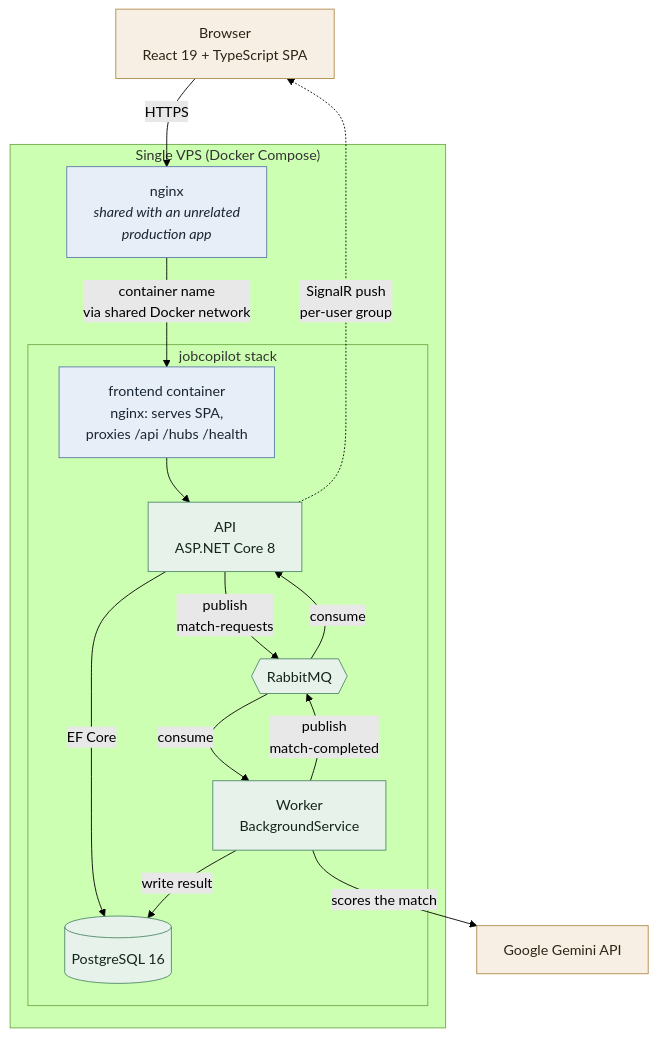
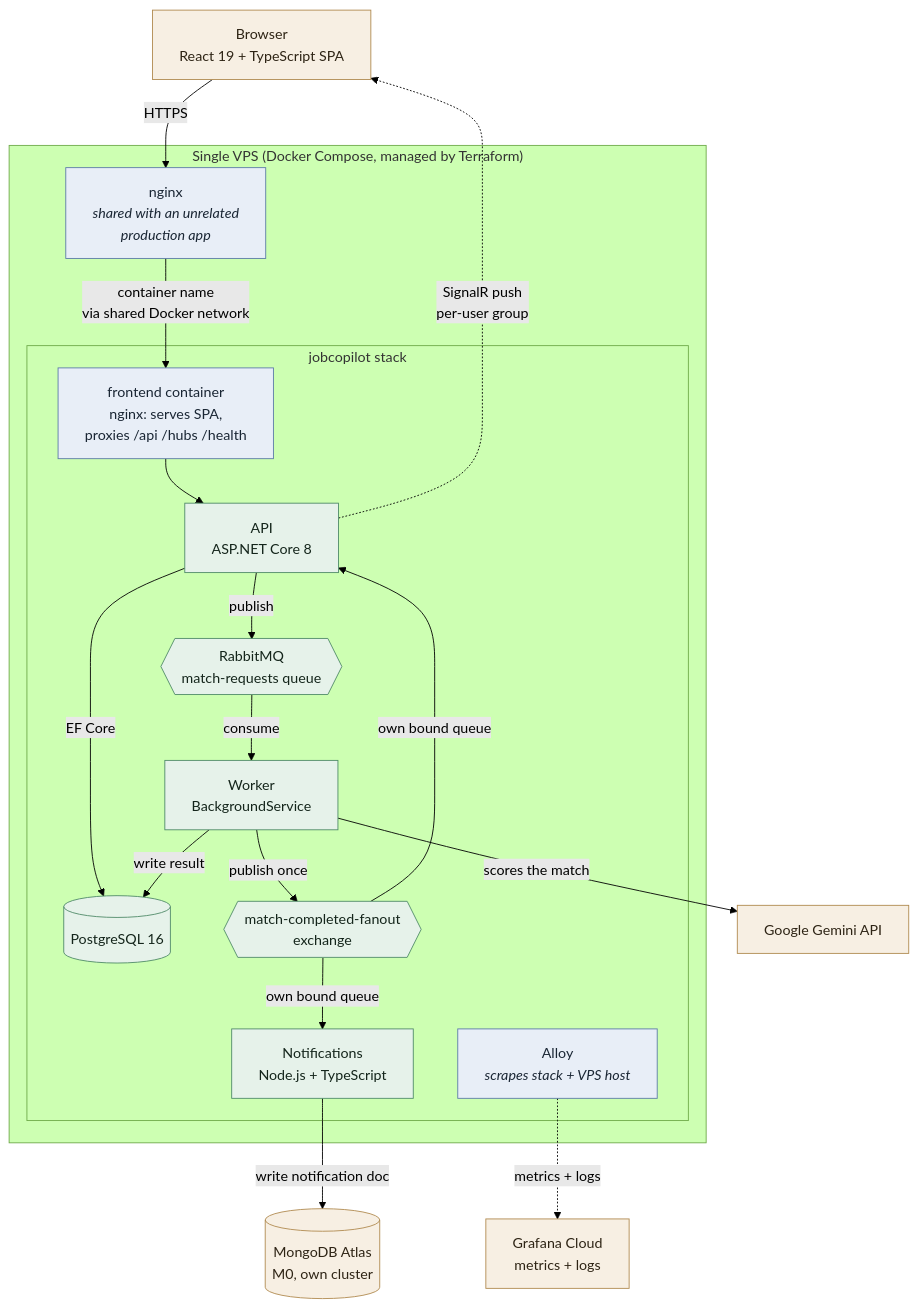
Before and after one commit to i-am-shams/ai-jobsearch-copilot: the diagram in docs/architecture.mmd, drawn with Mermaid (forest theme). The commit also changed 2 other files, not shown here.

Commit message:
Redraw the architecture diagram for notifications, Atlas, and Grafana
Deliberately held off until all three cross-cutting pieces existed so
this happened once instead of twice. Adds the match-completed-fanout
exchange (visualizing the real fanout bug fix), the notifications
service and its own MongoDB Atlas cluster, and Alloy shipping metrics
and logs to Grafana Cloud. Also fixes two now-false claims in README's
Known gaps (no IaC, failed matches not pushing SignalR) that this
session's earlier work already resolved.

```diff
--- a/docs/architecture.mmd
+++ b/docs/architecture.mmd
@@ -1,35 +1,43 @@
 flowchart TD
     B["Browser<br/>React 19 + TypeScript SPA"]
 
-    subgraph VPS["Single VPS (Docker Compose)"]
+    subgraph VPS["Single VPS (Docker Compose, managed by Terraform)"]
         N["nginx<br/><i>shared with an unrelated<br/>production app</i>"]
 
         subgraph STACK["jobcopilot stack"]
             F["frontend container<br/>nginx: serves SPA,<br/>proxies /api /hubs /health"]
             A["API<br/>ASP.NET Core 8"]
             W["Worker<br/>BackgroundService"]
             P[("PostgreSQL 16")]
-            Q{{"RabbitMQ"}}
+            Q{{"RabbitMQ<br/>match-requests queue"}}
+            X{{"match-completed-fanout<br/>exchange"}}
+            NT["Notifications<br/>Node.js + TypeScript"]
+            AL["Alloy<br/><i>scrapes stack + VPS host</i>"]
         end
     end
 
     G["Google Gemini API"]
+    M[("MongoDB Atlas<br/>M0, own cluster")]
+    GC["Grafana Cloud<br/>metrics + logs"]
 
     B -->|"HTTPS"| N
     N -->|"container name<br/>via shared Docker network"| F
     F --> A
     A -->|"EF Core"| P
-    A -->|"publish<br/>match-requests"| Q
+    A -->|"publish"| Q
     Q -->|"consume"| W
     W -->|"scores the match"| G
     W -->|"write result"| P
-    W -->|"publish<br/>match-completed"| Q
-    Q -->|"consume"| A
+    W -->|"publish once"| X
+    X -->|"own bound queue"| A
+    X -->|"own bound queue"| NT
     A -.->|"SignalR push<br/>per-user group"| B
+    NT -->|"write notification doc"| M
+    AL -.->|"metrics + logs"| GC
 
     classDef infra fill:#e8eef7,stroke:#5b7ba6,color:#1a2634
     classDef app fill:#e6f2ea,stroke:#4f8a68,color:#14251b
     classDef ext fill:#f7efe3,stroke:#b08a4f,color:#2e2415
-    class N,F infra
-    class A,W,P,Q app
-    class G,B ext
+    class N,F,AL infra
+    class A,W,P,Q,X,NT app
+    class G,B,M,GC ext
```
